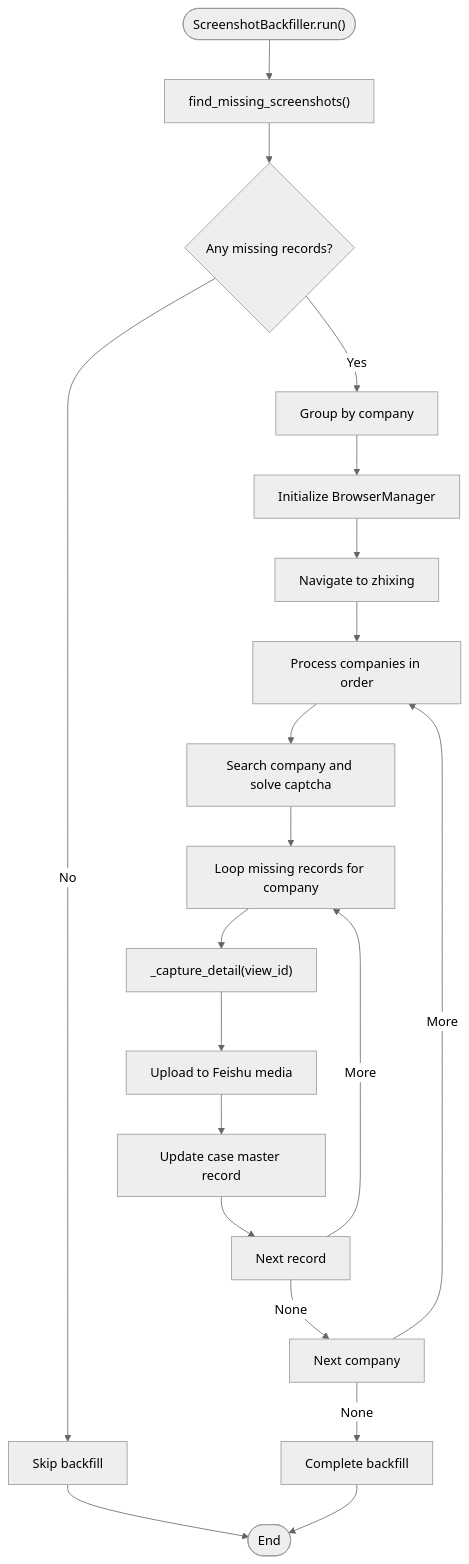
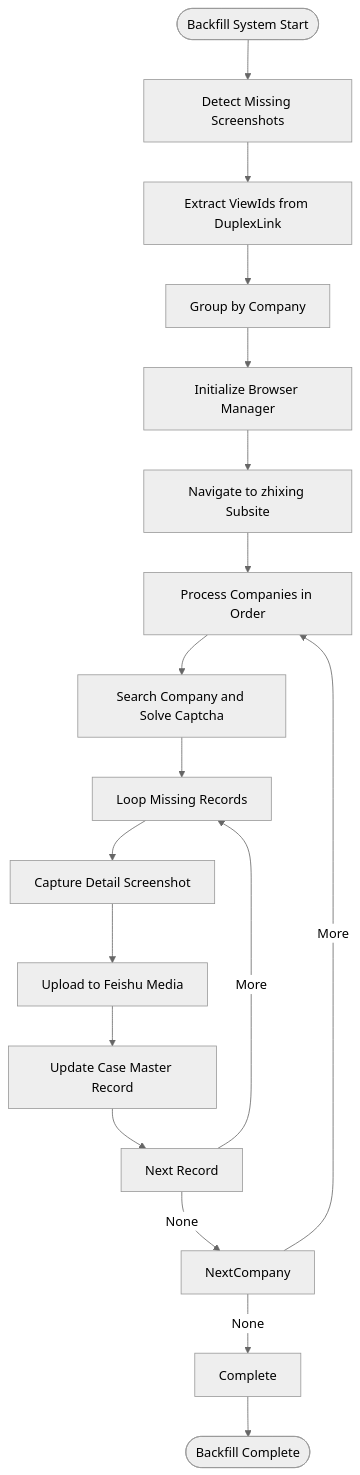
Before and after one commit to supotato-ipj/zxgk_auto_query-skill: the fifth of 6 diagrams in .qoder/repowiki/en/content/Daily Workflow Orchestration.md, drawn with Mermaid (neutral theme). The commit also changed other lines of this file and 19 other files, not shown here.

````diff
--- a/.qoder/repowiki/en/content/Daily Workflow Orchestration.md
+++ b/.qoder/repowiki/en/content/Daily Workflow Orchestration.md
@@ -331,22 +382,20 @@
 ```mermaid
 flowchart TD
-Start(["ScreenshotBackfiller.run()"]) --> FindMissing["find_missing_screenshots()"]
-FindMissing --> CheckRecords{"Any missing records?"}
-CheckRecords --> |No| Skip["Skip backfill"]
-CheckRecords --> |Yes| GroupByCompany["Group by company"]
-GroupByCompany --> InitBrowser["Initialize BrowserManager"]
-InitBrowser --> Navigate["Navigate to zhixing"]
-Navigate --> ProcessCompanies["Process companies in order"]
-ProcessCompanies --> SearchCompany["Search company and solve captcha"]
-SearchCompany --> LoopRecords["Loop missing records for company"]
-LoopRecords --> CaptureDetail["_capture_detail(view_id)"]
-CaptureDetail --> UploadMedia["Upload to Feishu media"]
-UploadMedia --> UpdateRecord["Update case master record"]
-UpdateRecord --> NextRecord["Next record"]
+Start(["Backfill System Start"]) --> DetectMissing["Detect Missing Screenshots"]
+DetectMissing --> ExtractViewIds["Extract ViewIds from DuplexLink"]
+ExtractViewIds --> GroupByCompany["Group by Company"]
+GroupByCompany --> InitializeBrowser["Initialize Browser Manager"]
+InitializeBrowser --> NavigateSubsite["Navigate to zhixing Subsite"]
+NavigateSubsite --> ProcessCompanies["Process Companies in Order"]
+ProcessCompanies --> SearchCompany["Search Company and Solve Captcha"]
+SearchCompany --> LoopRecords["Loop Missing Records"]
+LoopRecords --> CaptureDetail["Capture Detail Screenshot"]
+CaptureDetail --> UploadMedia["Upload to Feishu Media"]
+UploadMedia --> UpdateRecord["Update Case Master Record"]
+UpdateRecord --> NextRecord["Next Record"]
 NextRecord --> |More| LoopRecords
-NextRecord --> |None| NextCompany["Next company"]
+NextRecord --> |None| NextCompany
 NextCompany --> |More| ProcessCompanies
-NextCompany --> |None| Complete["Complete backfill"]
-Skip --> End(["End"])
-Complete --> End
+NextCompany --> |None| Complete
+Complete --> End(["Backfill Complete"])
 ```
````
